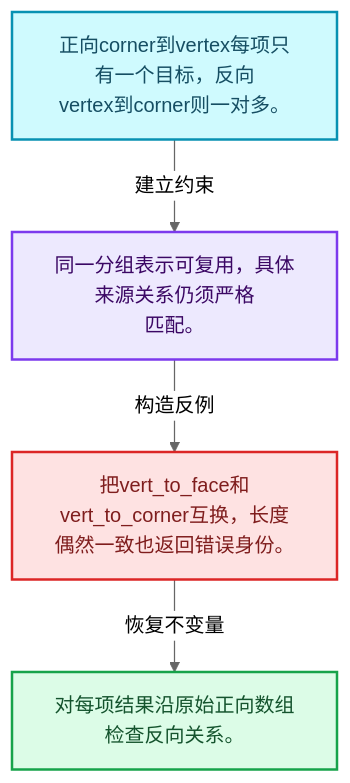
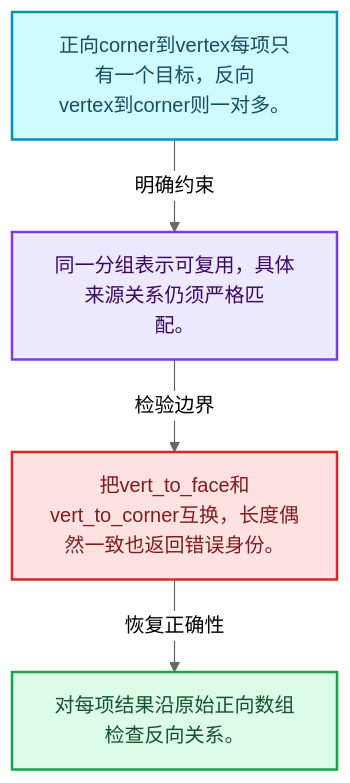
One commit to yunkezengren/blender-.vscode changed the first of 4 diagrams in 杂/markdown/全面学习-codex/05-几何存储与拓扑映射/06-拓扑映射构建.md. Above: the diagram before and after it, drawn with Mermaid (neutral theme). The commit also changed other lines of this file and 1930 other files, not shown here.

````diff
--- a/杂/markdown/全面学习-codex/05-几何存储与拓扑映射/06-拓扑映射构建.md
+++ b/杂/markdown/全面学习-codex/05-几何存储与拓扑映射/06-拓扑映射构建.md
@@ -29,16 +29,16 @@
 ```mermaid
 flowchart TB
   M["正向corner到vertex每项只有一个目标，反向<br/>vertex到corner则一对多。"]:::data
-  T["同一分组表示可复用，具体来源关系仍须严格<br/>匹配。"]:::abstraction
-  X["把vert_to_face和vert_to_corner互换，长度<br/>偶然一致也返回错误身份。"]:::error
-  A["对每项结果沿原始正向数组检查反向关系。"]:::result
-  M -->|"建立约束"| T
-  T -->|"构造反例"| X
-  X -->|"恢复不变量"| A
+  C["同一分组表示可复用，具体来源关系仍须严格匹<br/>配。"]:::abstraction
+  B["把vert_to_face和vert_to_corner互换，长度偶<br/>然一致也返回错误身份。"]:::error
+  R["对每项结果沿原始正向数组检查反向关系。"]:::result
+  M -->|"明确约束"| C
+  C -->|"检验边界"| B
+  B -->|"恢复正确性"| R
   classDef input fill:#DBEAFE,stroke:#2563EB,color:#172554,stroke-width:2px;
   classDef data fill:#CFFAFE,stroke:#0891B2,color:#164E63,stroke-width:2px;
   classDef abstraction fill:#EDE9FE,stroke:#7C3AED,color:#3B0764,stroke-width:2px;
   classDef compute fill:#FEF3C7,stroke:#D97706,color:#78350F,stroke-width:2px;
   classDef result fill:#DCFCE7,stroke:#16A34A,color:#14532D,stroke-width:2px;
   classDef error fill:#FEE2E2,stroke:#DC2626,color:#7F1D1D,stroke-width:2px;
 ```
````
